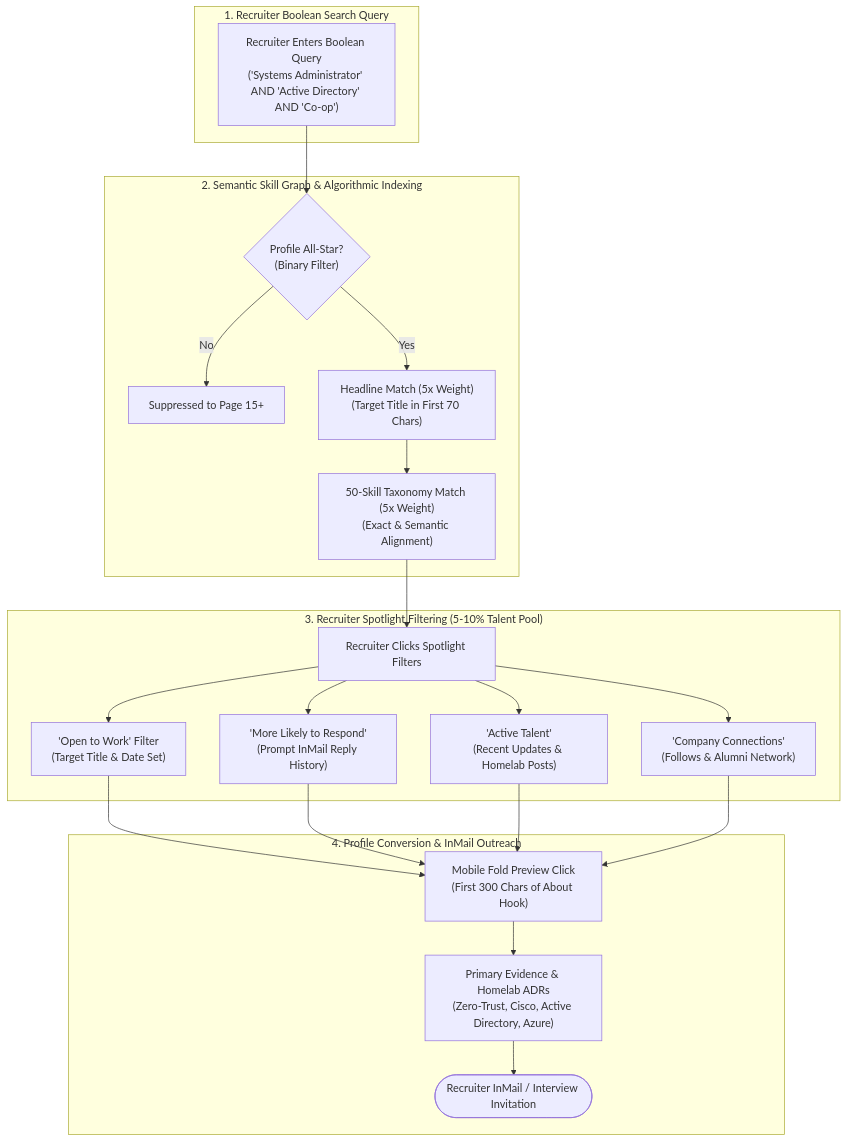
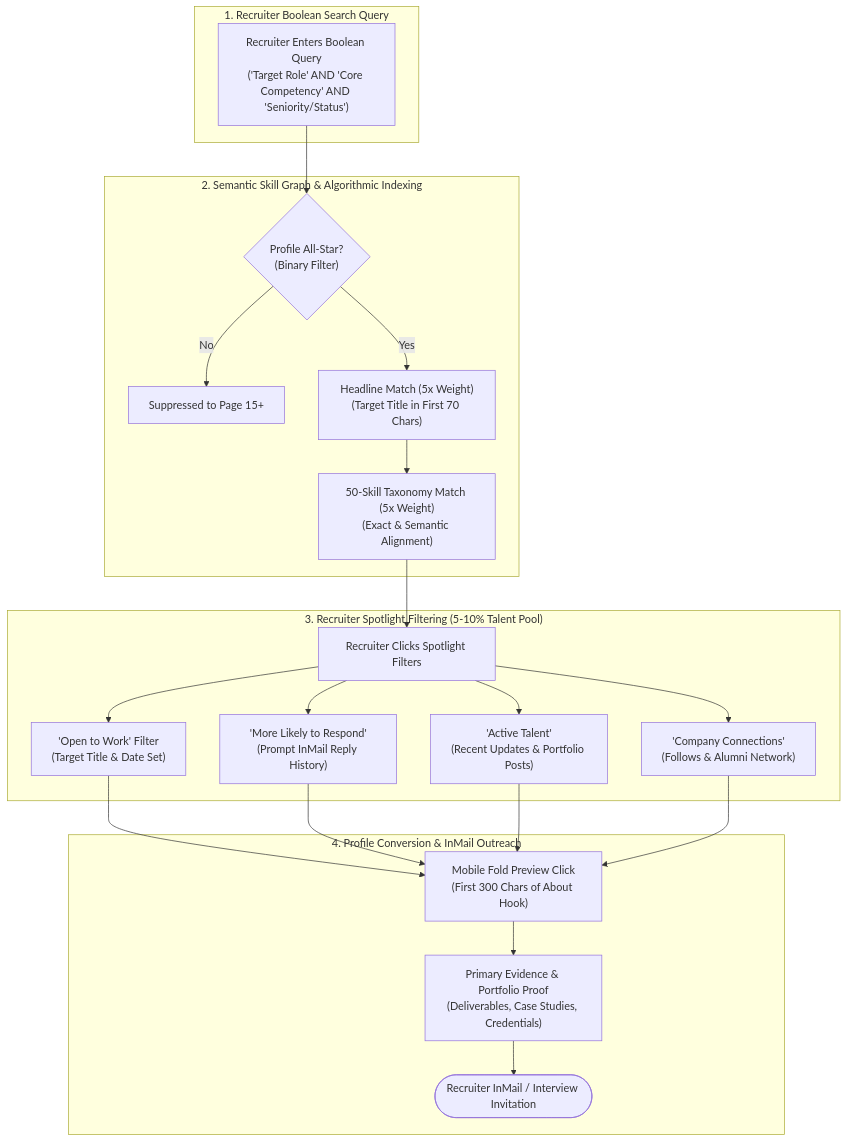
Before and after one commit to StickwoodJr/ai-job-search-enhanced: the diagram in LINKEDIN_OPTIMIZATION_PLAYBOOK.md, drawn with Mermaid. The commit also changed other lines of this file and 7 other files, not shown here.

````diff
--- a/LINKEDIN_OPTIMIZATION_PLAYBOOK.md
+++ b/LINKEDIN_OPTIMIZATION_PLAYBOOK.md
@@ -24,30 +24,30 @@
 ```mermaid
 flowchart TD
     subgraph RecruiterQuery ["1. Recruiter Boolean Search Query"]
-        RawSearch["Recruiter Enters Boolean Query<br/>('Systems Administrator' AND 'Active Directory' AND 'Co-op')"]
+        RawSearch["Recruiter Enters Boolean Query<br/>('Target Role' AND 'Core Competency' AND 'Seniority/Status')"]
     end
 
     subgraph AlgoFilter ["2. Semantic Skill Graph & Algorithmic Indexing"]
         RawSearch --> AllStar{"Profile All-Star?<br/>(Binary Filter)"}
         AllStar -- "No" --> Deprioritized["Suppressed to Page 15+"]
         AllStar -- "Yes" --> HeadlineWeight["Headline Match (5x Weight)<br/>(Target Title in First 70 Chars)"]
         HeadlineWeight --> SkillMatch["50-Skill Taxonomy Match (5x Weight)<br/>(Exact & Semantic Alignment)"]
     end
 
     subgraph Spotlights ["3. Recruiter Spotlight Filtering (5-10% Talent Pool)"]
         SkillMatch --> SpotTab["Recruiter Clicks Spotlight Filters"]
         SpotTab --> S1["'Open to Work' Filter<br/>(Target Title & Date Set)"]
         SpotTab --> S2["'More Likely to Respond'<br/>(Prompt InMail Reply History)"]
-        SpotTab --> S3["'Active Talent'<br/>(Recent Updates & Homelab Posts)"]
+        SpotTab --> S3["'Active Talent'<br/>(Recent Updates & Portfolio Posts)"]
         SpotTab --> S4["'Company Connections'<br/>(Follows & Alumni Network)"]
     end
 
     subgraph Conversion ["4. Profile Conversion & InMail Outreach"]
         S1 --> HookView["Mobile Fold Preview Click<br/>(First 300 Chars of About Hook)"]
         S2 --> HookView
         S3 --> HookView
         S4 --> HookView
-        HookView --> ProofEvidence["Primary Evidence & Homelab ADRs<br/>(Zero-Trust, Cisco, Active Directory, Azure)"]
+        HookView --> ProofEvidence["Primary Evidence & Portfolio Proof<br/>(Deliverables, Case Studies, Credentials)"]
         ProofEvidence --> InMail(["Recruiter InMail / Interview Invitation"])
     end
 ```
````
